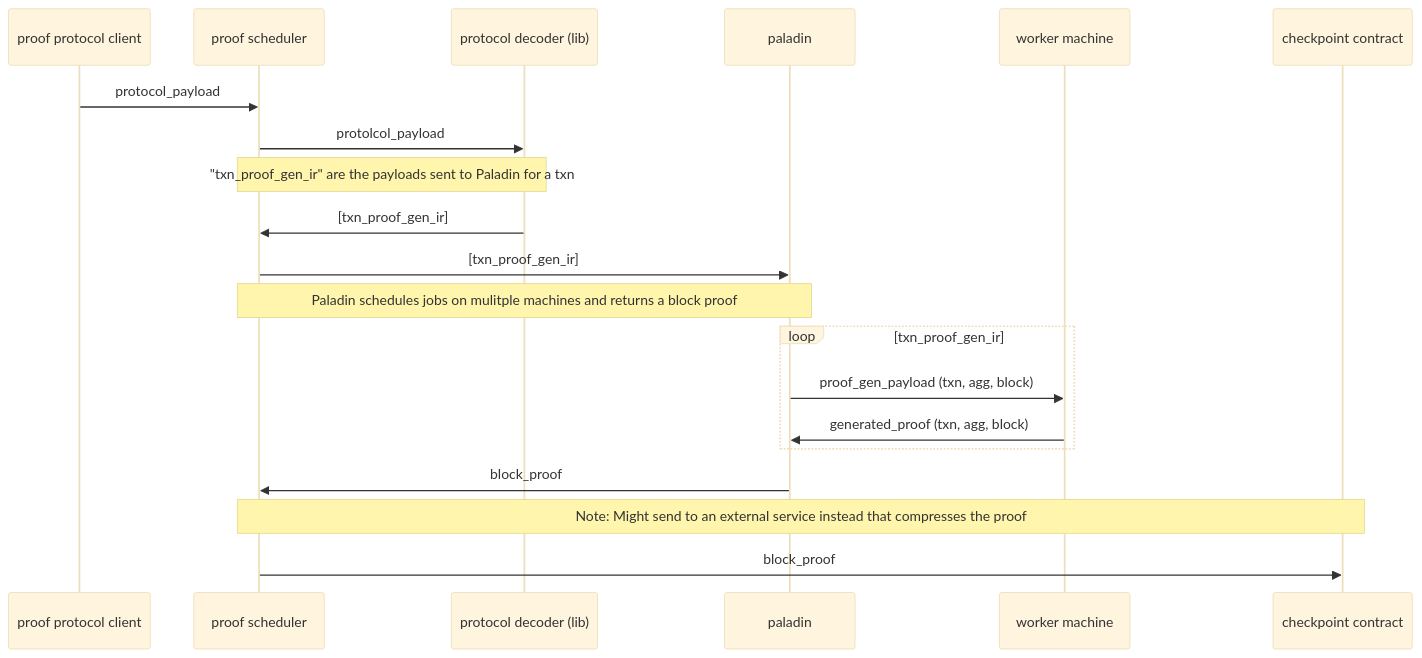
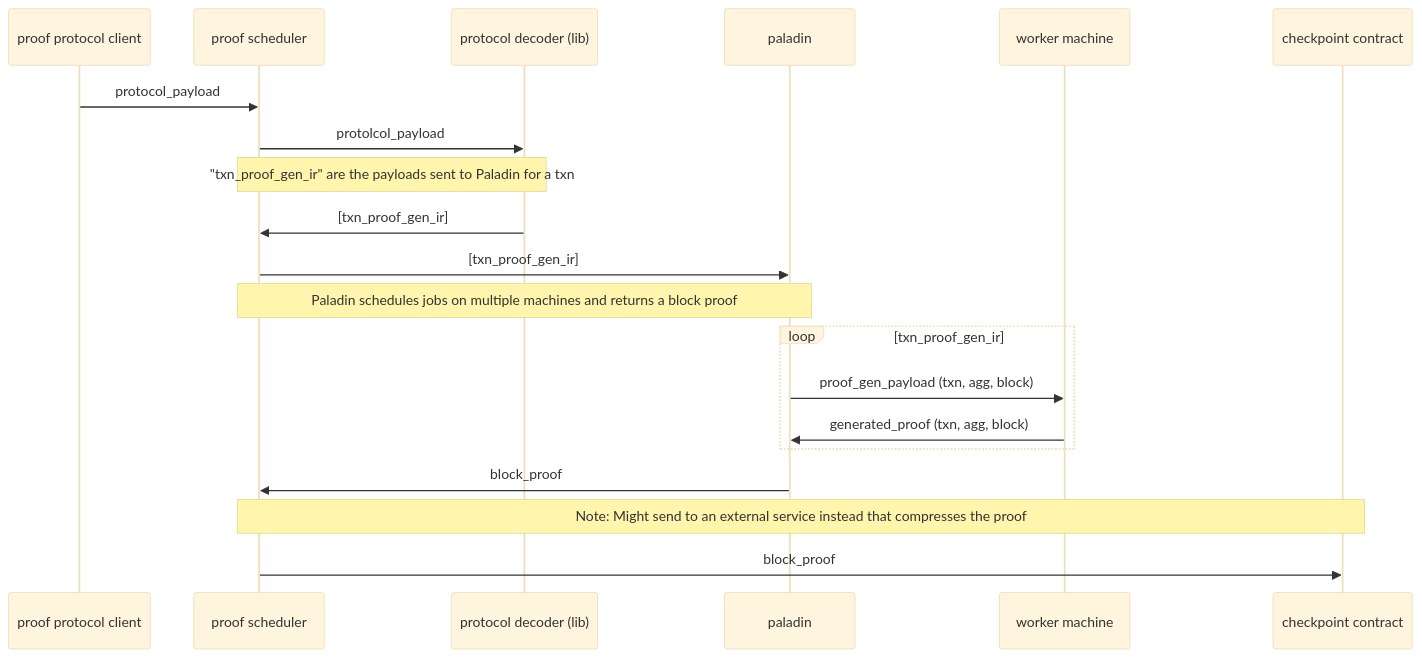
The first of 2 diagrams in docs/usage_seq_diagrams.md (0xPolygonZero/zk_evm), drawn with Mermaid (base theme) before and after one commit.

Commit message:
docs: fix typo

````diff
--- a/docs/usage_seq_diagrams.md
+++ b/docs/usage_seq_diagrams.md
@@ -6,16 +6,16 @@
 ```mermaid
 sequenceDiagram
     proof protocol client->>proof scheduler: protocol_payload
     proof scheduler->>protocol decoder (lib): protolcol_payload
     Note over proof scheduler,protocol decoder (lib): "txn_proof_gen_ir" are the payloads sent to Paladin for a txn
     protocol decoder (lib)->>proof scheduler: [txn_proof_gen_ir]
     proof scheduler->>paladin: [txn_proof_gen_ir]
-    Note over proof scheduler,paladin: Paladin schedules jobs on mulitple machines and returns a block proof
+    Note over proof scheduler,paladin: Paladin schedules jobs on multiple machines and returns a block proof
     loop txn_proof_gen_ir
         paladin->>worker machine: proof_gen_payload (txn, agg, block)
         worker machine->>paladin: generated_proof (txn, agg, block)
     end
     paladin->>proof scheduler: block_proof
     Note over proof scheduler,checkpoint contract: Note: Might send to an external service instead that compresses the proof
     proof scheduler->>checkpoint contract: block_proof
 ```
````
